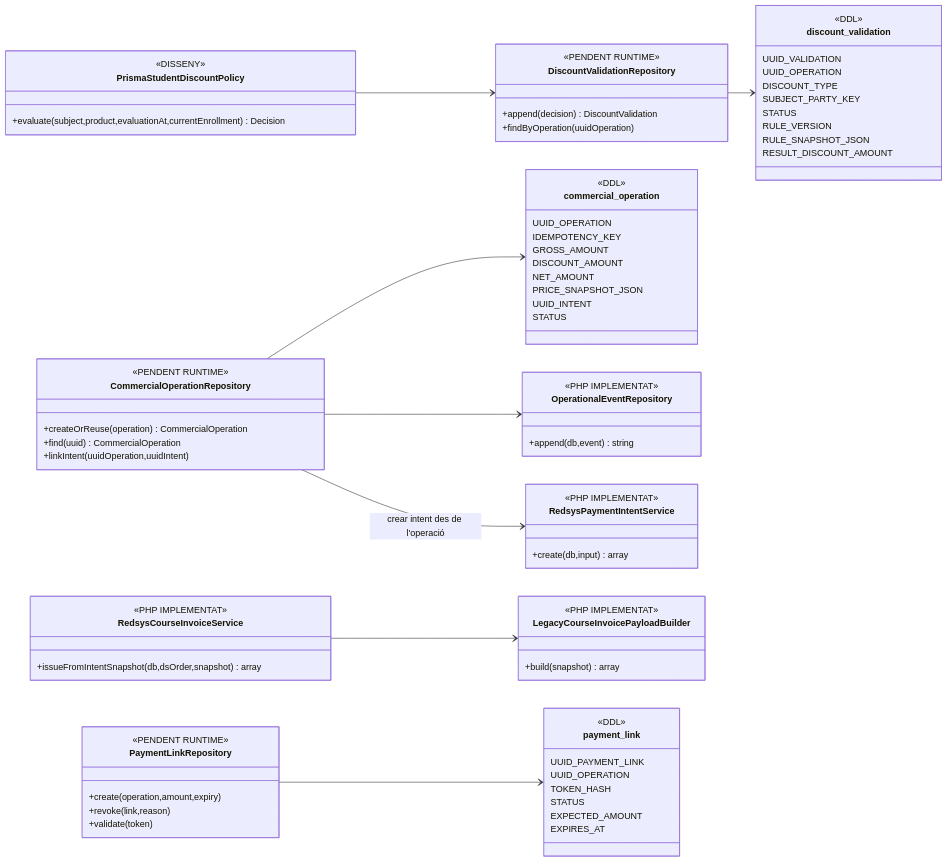
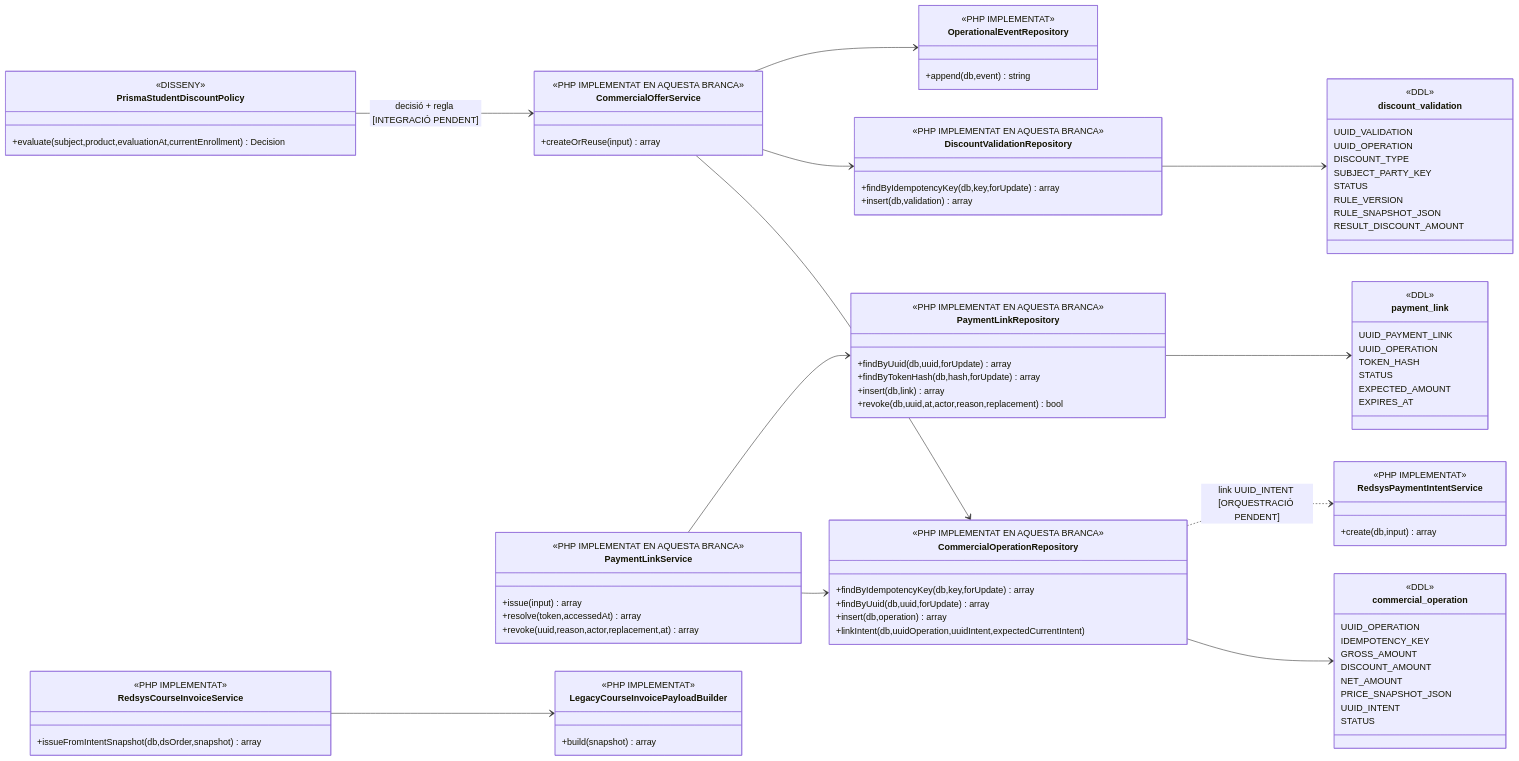
Before and after one commit to orgmeriemprismacat-del/verifactu: the fourth of 10 diagrams in documentacio/07-uml-integrat/uc-020-aplicar-alumne-prisma.md, drawn with Mermaid. The commit also changed other lines of this file, not shown here.

Commit message:
docs(UC-020): align UML with runtime commercial foundation

````diff
--- a/documentacio/07-uml-integrat/uc-020-aplicar-alumne-prisma.md
+++ b/documentacio/07-uml-integrat/uc-020-aplicar-alumne-prisma.md
@@ -181,24 +181,38 @@
   +evaluate(subject,product,evaluationAt,currentEnrollment) Decision
 }
 
+class CommercialOfferService {
+  <<PHP IMPLEMENTAT EN AQUESTA BRANCA>>
+  +createOrReuse(input) array
+}
+
 class CommercialOperationRepository {
-  <<PENDENT RUNTIME>>
-  +createOrReuse(operation) CommercialOperation
-  +find(uuid) CommercialOperation
-  +linkIntent(uuidOperation,uuidIntent)
+  <<PHP IMPLEMENTAT EN AQUESTA BRANCA>>
+  +findByIdempotencyKey(db,key,forUpdate) array
+  +findByUuid(db,uuid,forUpdate) array
+  +insert(db,operation) array
+  +linkIntent(db,uuidOperation,uuidIntent,expectedCurrentIntent)
 }
 
 class DiscountValidationRepository {
-  <<PENDENT RUNTIME>>
-  +append(decision) DiscountValidation
-  +findByOperation(uuidOperation)
+  <<PHP IMPLEMENTAT EN AQUESTA BRANCA>>
+  +findByIdempotencyKey(db,key,forUpdate) array
+  +insert(db,validation) array
+}
+
+class PaymentLinkService {
+  <<PHP IMPLEMENTAT EN AQUESTA BRANCA>>
+  +issue(input) array
+  +resolve(token,accessedAt) array
+  +revoke(uuid,reason,actor,replacement,at) array
 }
 
 class PaymentLinkRepository {
-  <<PENDENT RUNTIME>>
-  +create(operation,amount,expiry)
-  +revoke(link,reason)
-  +validate(token)
+  <<PHP IMPLEMENTAT EN AQUESTA BRANCA>>
+  +findByUuid(db,uuid,forUpdate) array
+  +findByTokenHash(db,hash,forUpdate) array
+  +insert(db,link) array
+  +revoke(db,uuid,at,actor,reason,replacement) bool
 }
 
 class OperationalEventRepository {
@@ -255,11 +269,15 @@
   EXPIRES_AT
 }
 
-PrismaStudentDiscountPolicy --> DiscountValidationRepository
+PrismaStudentDiscountPolicy --> CommercialOfferService : decisió + regla [INTEGRACIÓ PENDENT]
+CommercialOfferService --> CommercialOperationRepository
+CommercialOfferService --> DiscountValidationRepository
+CommercialOfferService --> OperationalEventRepository
+CommercialOperationRepository --> commercial_operation
 DiscountValidationRepository --> discount_validation
-CommercialOperationRepository --> commercial_operation
+PaymentLinkService --> CommercialOperationRepository
+PaymentLinkService --> PaymentLinkRepository
 PaymentLinkRepository --> payment_link
-CommercialOperationRepository --> OperationalEventRepository
-CommercialOperationRepository --> RedsysPaymentIntentService : crear intent des de l'operació
+CommercialOperationRepository ..> RedsysPaymentIntentService : link UUID_INTENT [ORQUESTRACIÓ PENDENT]
 RedsysCourseInvoiceService --> LegacyCourseInvoicePayloadBuilder
 ```
````
